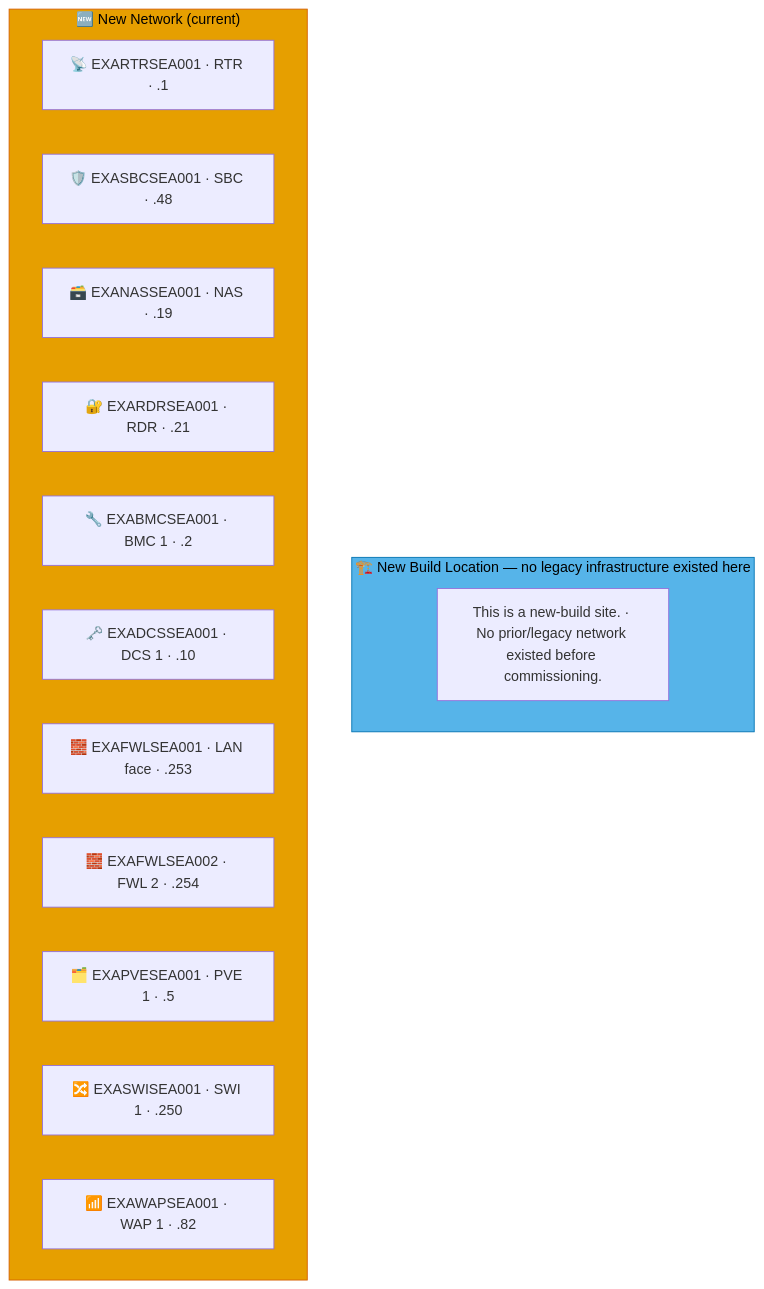
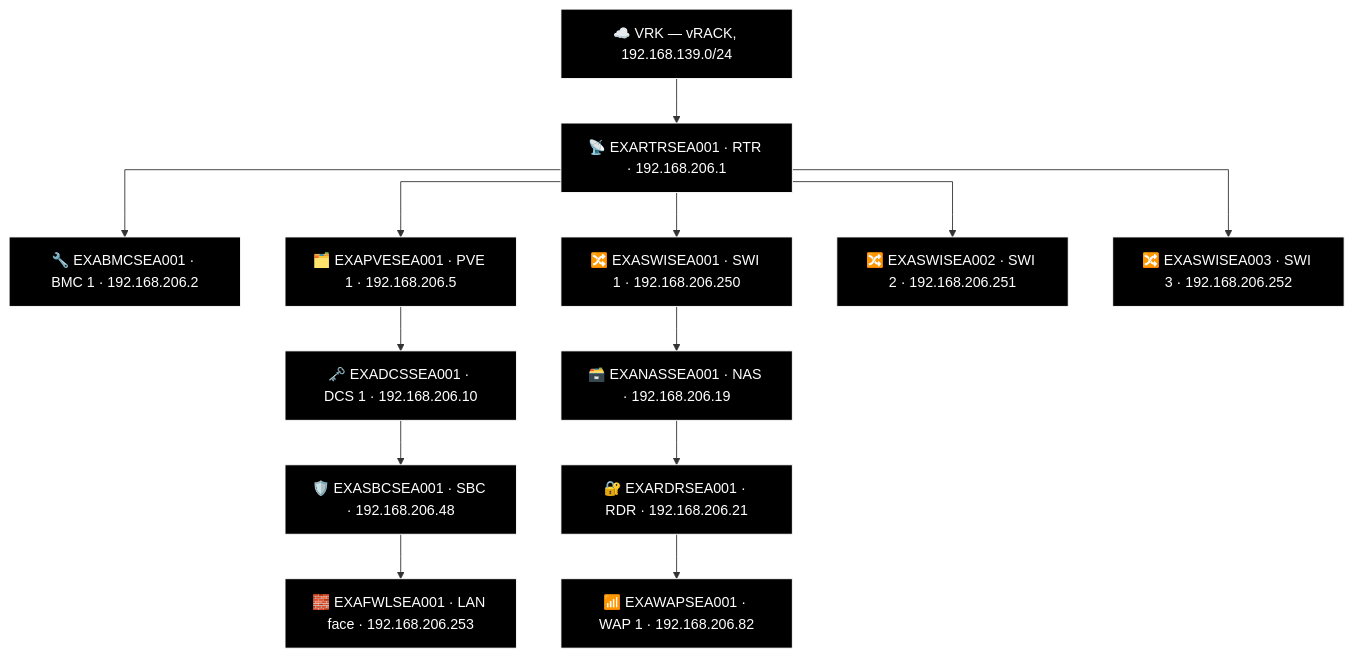
One commit to knightmare2600/example_music_infra changed diagram 14 of 16 in docs/network-diagram/united-states.md. Above: the diagram before and after it, drawn with Mermaid. The commit also changed other lines of this file and 35 other files, not shown here.

````diff
--- a/docs/network-diagram/united-states.md
+++ b/docs/network-diagram/united-states.md
@@ -352,23 +515,40 @@
 ```mermaid
+%% GENERATED:TOPOLOGY:SEA:START
+%%{init: {'flowchart': {'curve': 'stepAfter'}}}%%
 graph TD
-    subgraph OLD_SEA ["🏗️ New Build Location — no legacy infrastructure existed here"]
-      N_OLD_NOTE["This is a new-build site. · No prior/legacy network existed before commissioning."]
-    end
-    style OLD_SEA fill:#56B4E9,stroke:#0072B2,color:#000000
-    %% GENERATED:NEW-NETWORK:SEA:START
-    subgraph NEW_SEA ["🆕 New Network (current)"]
-      N_RTR["📡 EXARTRSEA001 · RTR · .1"]
-      N_SBC["🛡️ EXASBCSEA001 · SBC · .48"]
-      N_NAS["🗃️ EXANASSEA001 · NAS · .19"]
-      N_RDR["🔐 EXARDRSEA001 · RDR · .21"]
-      N_BMC["🔧 EXABMCSEA001 · BMC 1 · .2"]
-      N_DCS["🗝️ EXADCSSEA001 · DCS 1 · .10"]
-      N_FWL["🧱 EXAFWLSEA001 · LAN face · .253"]
-      N_FWL2["🧱 EXAFWLSEA002 · FWL 2 · .254"]
-      N_PVE["🗂️ EXAPVESEA001 · PVE 1 · .5"]
-      N_SWI["🔀 EXASWISEA001 · SWI 1 · .250"]
-      N_WAP["📶 EXAWAPSEA001 · WAP 1 · .82"]
-    end
-    style NEW_SEA fill:#E69F00,stroke:#D55E00,color:#000000
-    %% GENERATED:NEW-NETWORK:SEA:END
+    T_VRK["☁️ VRK — vRACK, 192.168.139.0/24"]
+    T_RTR["📡 EXARTRSEA001 · RTR · 192.168.206.1"]
+    T_VRK --> T_RTR
+    T_BMC["🔧 EXABMCSEA001 · BMC 1 · 192.168.206.2"]
+    T_RTR --> T_BMC
+    T_PVE["🗂️ EXAPVESEA001 · PVE 1 · 192.168.206.5"]
+    T_RTR --> T_PVE
+    T_SWI["🔀 EXASWISEA001 · SWI 1 · 192.168.206.250"]
+    T_RTR --> T_SWI
+    T_SWI2["🔀 EXASWISEA002 · SWI 2 · 192.168.206.251"]
+    T_RTR --> T_SWI2
+    T_SWI3["🔀 EXASWISEA003 · SWI 3 · 192.168.206.252"]
+    T_RTR --> T_SWI3
+    T_NAS["🗃️ EXANASSEA001 · NAS · 192.168.206.19"]
+    T_RDR["🔐 EXARDRSEA001 · RDR · 192.168.206.21"]
+    T_WAP["📶 EXAWAPSEA001 · WAP 1 · 192.168.206.82"]
+    T_SWI --> T_NAS --> T_RDR --> T_WAP
+    T_DCS["🗝️ EXADCSSEA001 · DCS 1 · 192.168.206.10"]
+    T_SBC["🛡️ EXASBCSEA001 · SBC · 192.168.206.48"]
+    T_FWL["🧱 EXAFWLSEA001 · LAN face · 192.168.206.253"]
+    T_PVE --> T_DCS --> T_SBC --> T_FWL
+    style T_VRK fill:#000000,stroke:#FFFFFF,color:#FFFFFF
+    style T_RTR fill:#000000,stroke:#FFFFFF,color:#FFFFFF
+    style T_BMC fill:#000000,stroke:#FFFFFF,color:#FFFFFF
+    style T_PVE fill:#000000,stroke:#FFFFFF,color:#FFFFFF
+    style T_SWI fill:#000000,stroke:#FFFFFF,color:#FFFFFF
+    style T_SWI2 fill:#000000,stroke:#FFFFFF,color:#FFFFFF
+    style T_SWI3 fill:#000000,stroke:#FFFFFF,color:#FFFFFF
+    style T_NAS fill:#000000,stroke:#FFFFFF,color:#FFFFFF
+    style T_RDR fill:#000000,stroke:#FFFFFF,color:#FFFFFF
+    style T_WAP fill:#000000,stroke:#FFFFFF,color:#FFFFFF
+    style T_DCS fill:#000000,stroke:#FFFFFF,color:#FFFFFF
+    style T_SBC fill:#000000,stroke:#FFFFFF,color:#FFFFFF
+    style T_FWL fill:#000000,stroke:#FFFFFF,color:#FFFFFF
+%% GENERATED:TOPOLOGY:SEA:END
 ```
````
